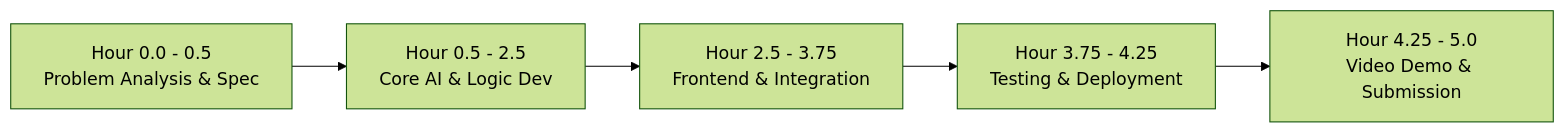
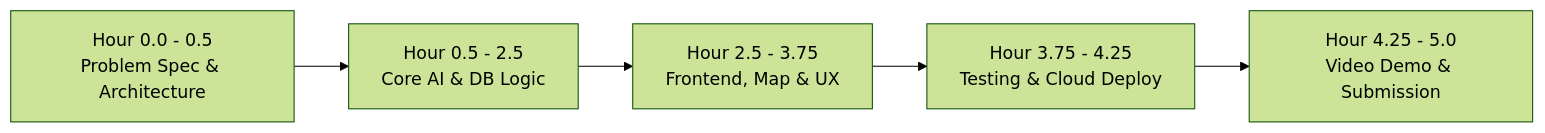
Before and after one commit to Muzamil852/DITE_HACKATHON_2026: the first of 2 diagrams in README.md, drawn with Mermaid (forest theme). The commit also changed other lines of this file and 9 other files, not shown here.

````diff
--- a/README.md
+++ b/README.md
@@ -49,7 +49,7 @@
 ```mermaid
 flowchart LR
-    H1["Hour 0.0 - 0.5<br/>Problem Analysis & Spec"] --> H2["Hour 0.5 - 2.5<br/>Core AI & Logic Dev"]
-    H2 --> H3["Hour 2.5 - 3.75<br/>Frontend & Integration"]
-    H3 --> H4["Hour 3.75 - 4.25<br/>Testing & Deployment"]
+    H1["Hour 0.0 - 0.5<br/>Problem Spec & Architecture"] --> H2["Hour 0.5 - 2.5<br/>Core AI & DB Logic"]
+    H2 --> H3["Hour 2.5 - 3.75<br/>Frontend, Map & UX"]
+    H3 --> H4["Hour 3.75 - 4.25<br/>Testing & Cloud Deploy"]
     H4 --> H5["Hour 4.25 - 5.0<br/>Video Demo & Submission"]
 ```
````
